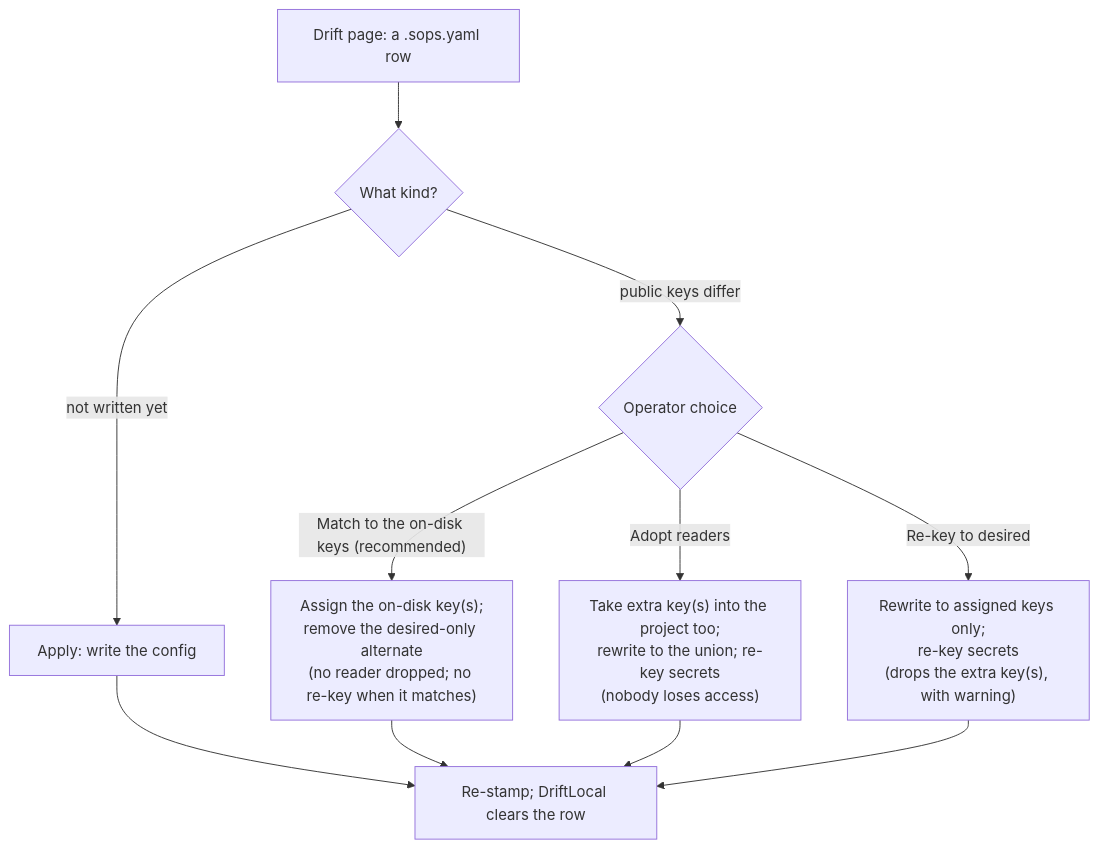
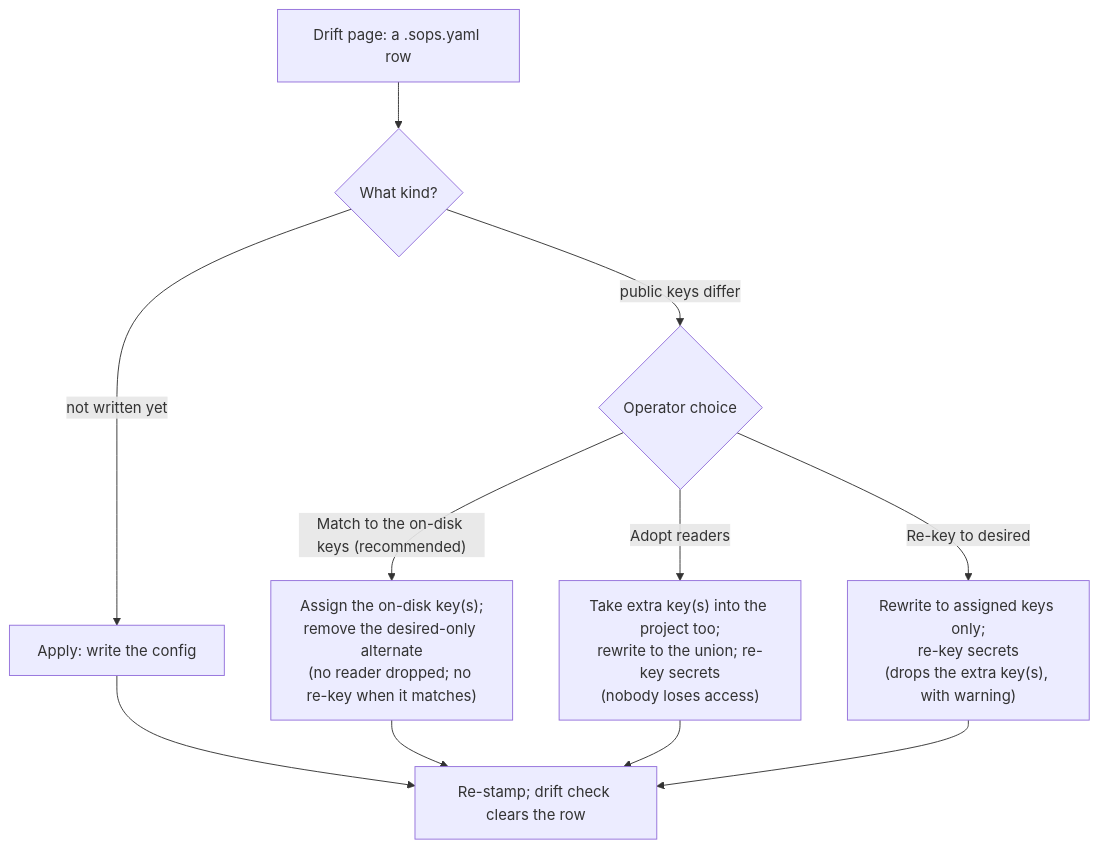
Before and after one commit to DavidTimar1/SopsHQ: the first of 2 diagrams in docs/architecture/reconcile-drift.md, drawn with Mermaid. The commit also changed other lines of this file and 35 other files, not shown here.

````diff
--- a/docs/architecture/reconcile-drift.md
+++ b/docs/architecture/reconcile-drift.md
@@ -148,13 +174,13 @@
 ```mermaid
 flowchart TD
   D["Drift page: a .sops.yaml row"] --> Q{"What kind?"}
   Q -->|"not written yet"| AP["Apply: write the config"]
   Q -->|"public keys differ"| C{"Operator choice"}
   C -->|"Match to the on-disk keys (recommended)"| MD["Assign the on-disk key(s);\nremove the desired-only alternate\n(no reader dropped; no re-key when it matches)"]
   C -->|"Adopt readers"| AR["Take extra key(s) into the project too;\nrewrite to the union; re-key secrets\n(nobody loses access)"]
   C -->|"Re-key to desired"| RK["Rewrite to assigned keys only;\nre-key secrets\n(drops the extra key(s), with warning)"]
-  AP --> S["Re-stamp; DriftLocal clears the row"]
+  AP --> S["Re-stamp; drift check clears the row"]
   MD --> S
   AR --> S
   RK --> S
 ```
````
